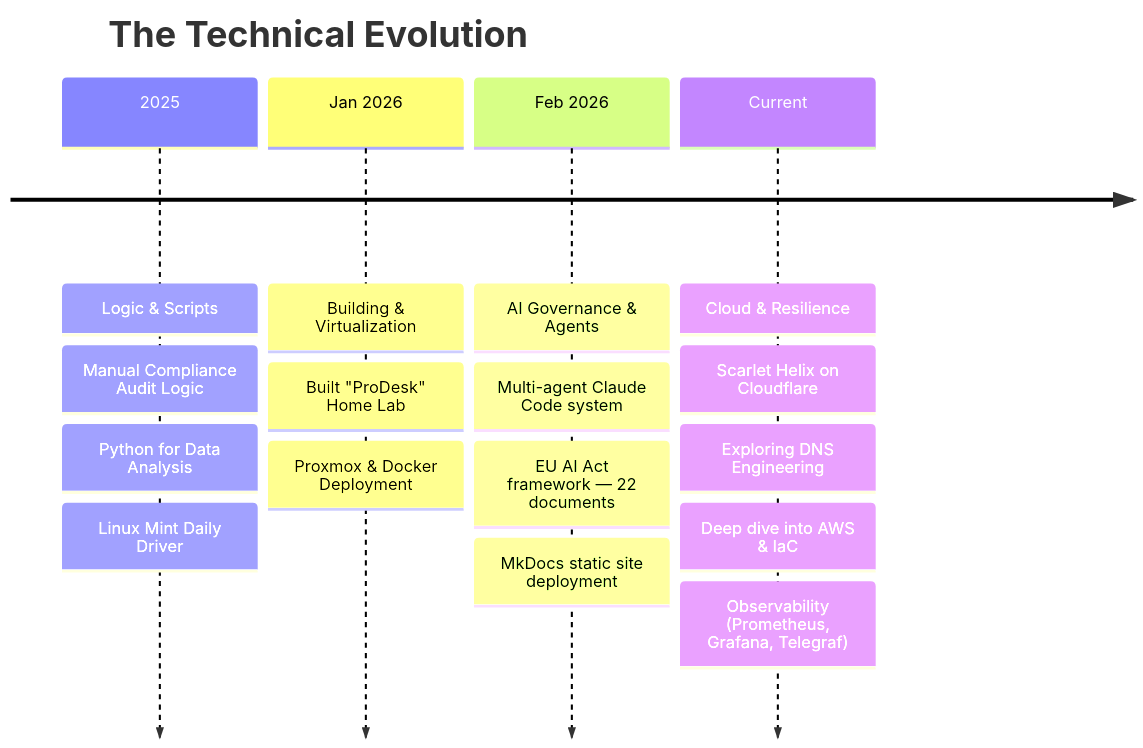
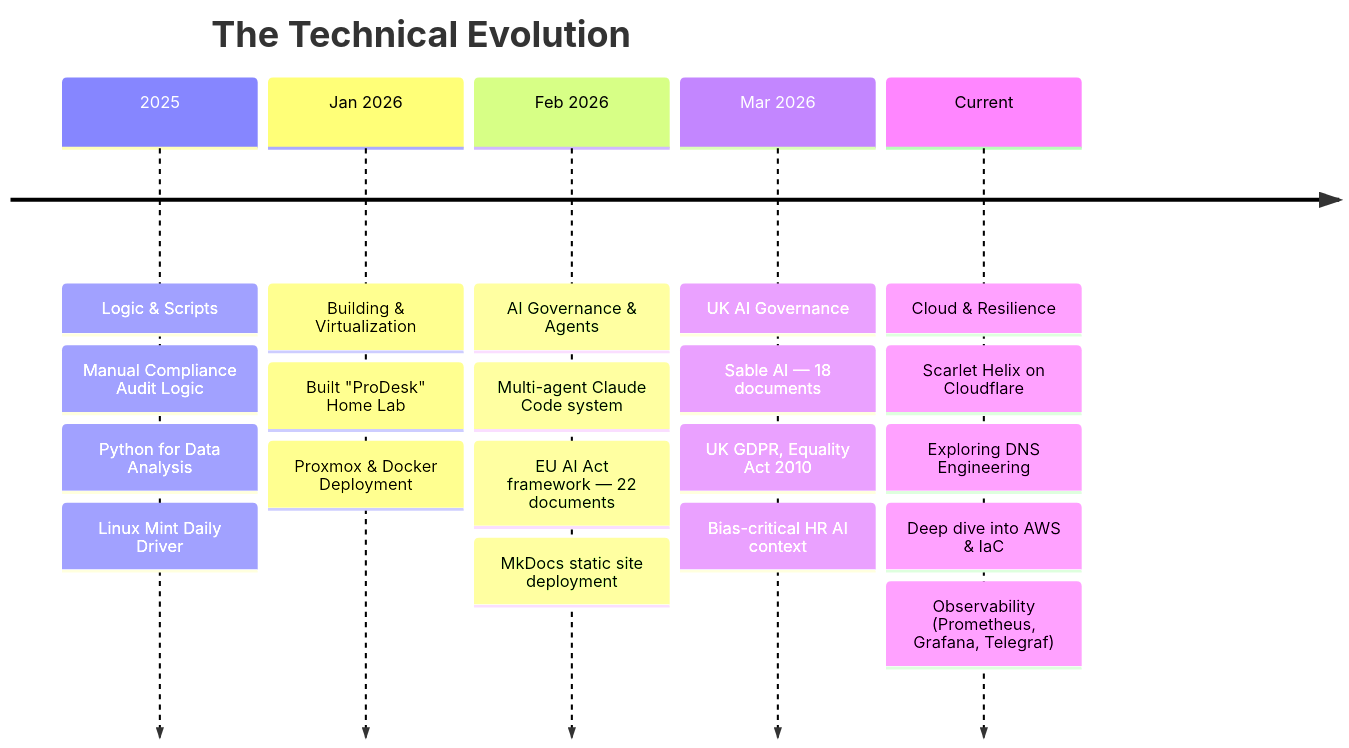
Before and after one commit to davidcockson-compliance/davidcockson-compliance: the diagram in README.md, drawn with Mermaid. The commit also changed other lines of this file, not shown here.

Commit message:
Add Sable AI governance framework section to README
Added a new section for the Sable AI governance framework, detailing its purpose, stack, and licensing. Updated the timeline to include UK AI governance milestones.

````diff
--- a/README.md
+++ b/README.md
@@ -44,20 +59,24 @@
 ```mermaid
 timeline
     title The Technical Evolution
-    2025 : Logic & Scripts
-         : Manual Compliance Audit Logic
-         : Python for Data Analysis
-         : Linux Mint Daily Driver
+        2025 : Logic & Scripts
+             : Manual Compliance Audit Logic
+             : Python for Data Analysis
+             : Linux Mint Daily Driver
     Jan 2026 : Building & Virtualization
              : Built "ProDesk" Home Lab
              : Proxmox & Docker Deployment
     Feb 2026 : AI Governance & Agents
              : Multi-agent Claude Code system
              : EU AI Act framework — 22 documents
              : MkDocs static site deployment
-    Current : Cloud & Resilience
-            : Scarlet Helix on Cloudflare
-            : Exploring DNS Engineering
-            : Deep dive into AWS & IaC
-            : Observability (Prometheus, Grafana, Telegraf)
+    Mar 2026 : UK AI Governance
+             : Sable AI — 18 documents
+             : UK GDPR, Equality Act 2010
+             : Bias-critical HR AI context
+     Current : Cloud & Resilience
+             : Scarlet Helix on Cloudflare
+             : Exploring DNS Engineering
+             : Deep dive into AWS & IaC
+             : Observability (Prometheus, Grafana, Telegraf)
 ```
````
